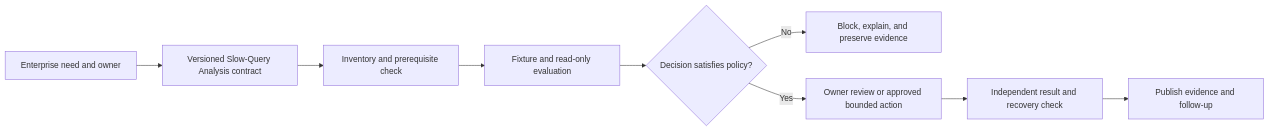
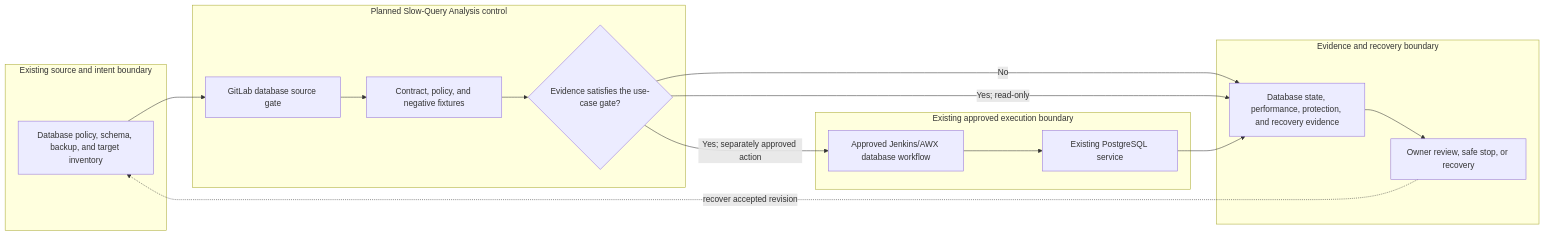
One commit to MIDHTECH/enterprise-architecture-docs changed the diagram in docs/use-cases/database/UC-DB-009-slow-query-analysis.md. Above: the diagram before and after it, drawn with Mermaid. The commit also changed other lines of this file and 227 other files, not shown here.

Commit message:
Deepen architecture for all use case designs

````diff
--- a/docs/use-cases/database/UC-DB-009-slow-query-analysis.md
+++ b/docs/use-cases/database/UC-DB-009-slow-query-analysis.md
@@ -136,11 +129,25 @@
 ```mermaid
 flowchart LR
-    Need["Enterprise need and owner"] --> Contract["Versioned Slow-Query Analysis contract"]
-    Contract --> Preflight["Inventory and prerequisite check"]
-    Preflight --> Evaluate["Fixture and read-only evaluation"]
-    Evaluate --> Decision{"Decision satisfies policy?"}
-    Decision -->|No| Stop["Block, explain, and preserve evidence"]
-    Decision -->|Yes| Review["Owner review or approved bounded action"]
-    Review --> Verify["Independent result and recovery check"]
-    Verify --> Publish["Publish evidence and follow-up"]
+    subgraph Source["Existing source and intent boundary"]
+        A["Database policy, schema, backup, and target inventory"]
+    end
+    subgraph Planned["Planned Slow-Query Analysis control"]
+        B["GitLab database source gate"]
+        C["Contract, policy, and negative fixtures"]
+        D{"Evidence satisfies the use-case gate?"}
+    end
+    subgraph Runtime["Existing approved execution boundary"]
+        E["Approved Jenkins/AWX database workflow"]
+        F["Existing PostgreSQL service"]
+    end
+    subgraph Assurance["Evidence and recovery boundary"]
+        G["Database state, performance, protection, and recovery evidence"]
+        H["Owner review, safe stop, or recovery"]
+    end
+
+    A --> B --> C --> D
+    D -->|No| G --> H
+    D -->|Yes; read-only| G
+    D -->|Yes; separately approved action| E --> F --> G
+    H -. recover accepted revision .-> A
 ```
````
